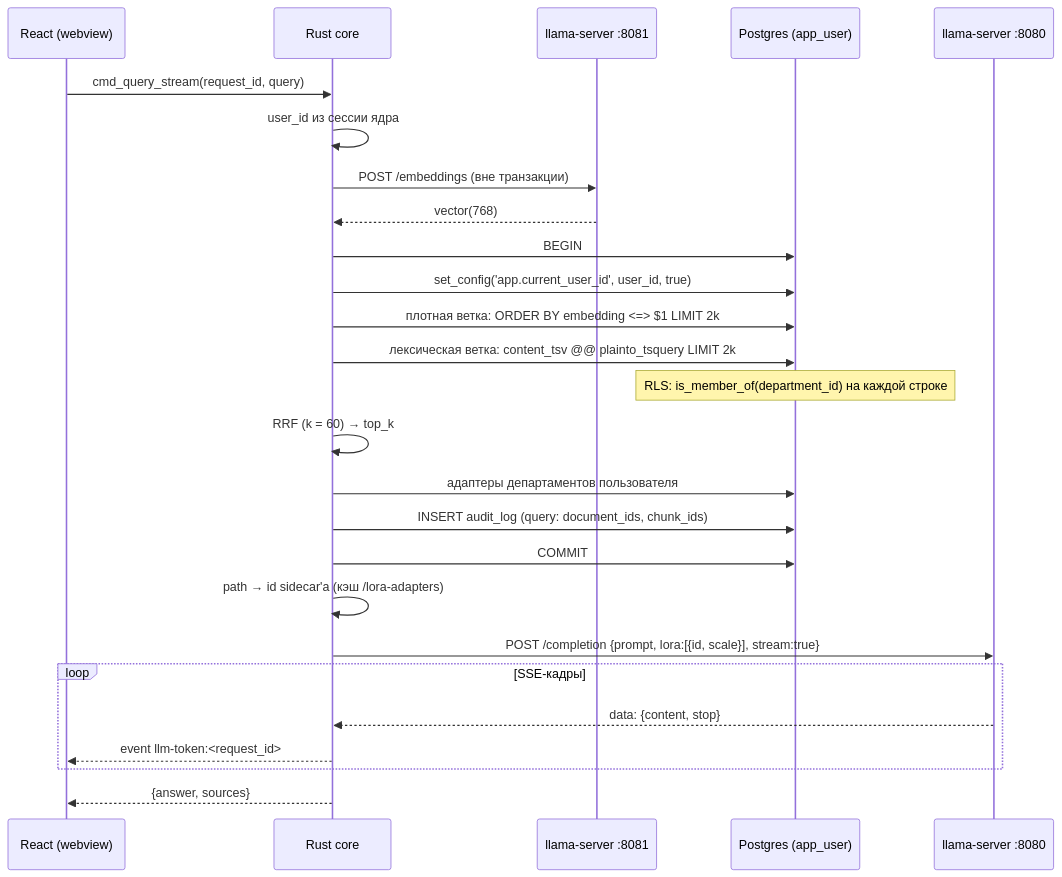
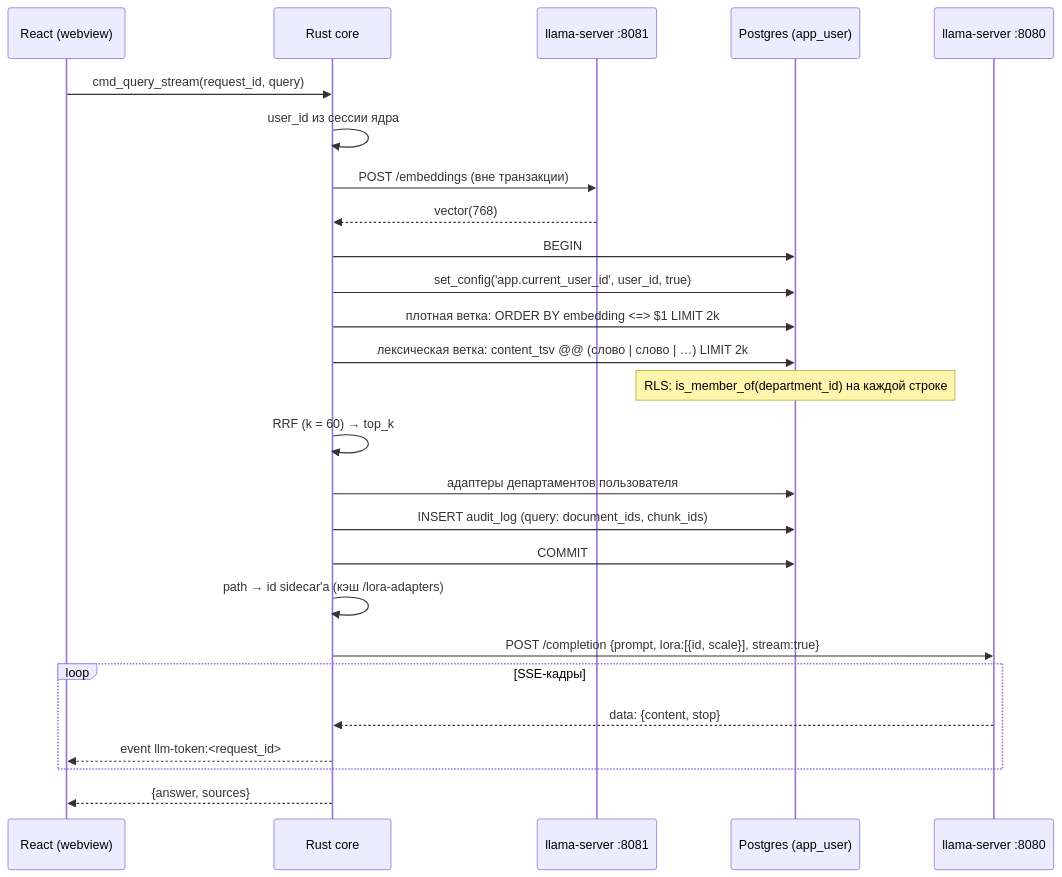
Before and after one commit to Vladee101/enclave: the second of 7 diagrams in Enclave — Design Document.md, drawn with Mermaid. The commit also changed other lines of this file and 12 other files, not shown here.

````diff
--- a/Enclave — Design Document.md
+++ b/Enclave — Design Document.md
@@ -246,29 +246,29 @@
 ```mermaid
 sequenceDiagram
   participant UI as React (webview)
   participant Core as Rust core
   participant Emb as llama-server :8081
   participant DB as Postgres (app_user)
   participant LLM as llama-server :8080
 
   UI->>Core: cmd_query_stream(request_id, query)
   Core->>Core: user_id из сессии ядра
   Core->>Emb: POST /embeddings (вне транзакции)
   Emb-->>Core: vector(768)
   Core->>DB: BEGIN
   Core->>DB: set_config('app.current_user_id', user_id, true)
   Core->>DB: плотная ветка: ORDER BY embedding <=> $1 LIMIT 2k
-  Core->>DB: лексическая ветка: content_tsv @@ plainto_tsquery LIMIT 2k
+  Core->>DB: лексическая ветка: content_tsv @@ (слово | слово | …) LIMIT 2k
   Note over DB: RLS: is_member_of(department_id) на каждой строке
   Core->>Core: RRF (k = 60) → top_k
   Core->>DB: адаптеры департаментов пользователя
   Core->>DB: INSERT audit_log (query: document_ids, chunk_ids)
   Core->>DB: COMMIT
   Core->>Core: path → id sidecar'а (кэш /lora-adapters)
   Core->>LLM: POST /completion {prompt, lora:[{id, scale}], stream:true}
   loop SSE-кадры
     LLM-->>Core: data: {content, stop}
     Core-->>UI: event llm-token:<request_id>
   end
   Core-->>UI: {answer, sources}
 ```
````
